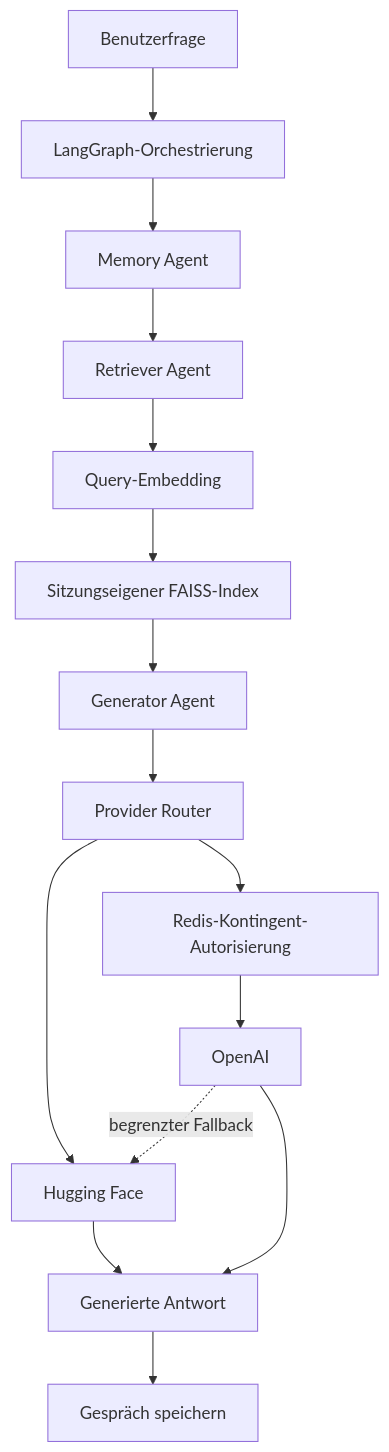
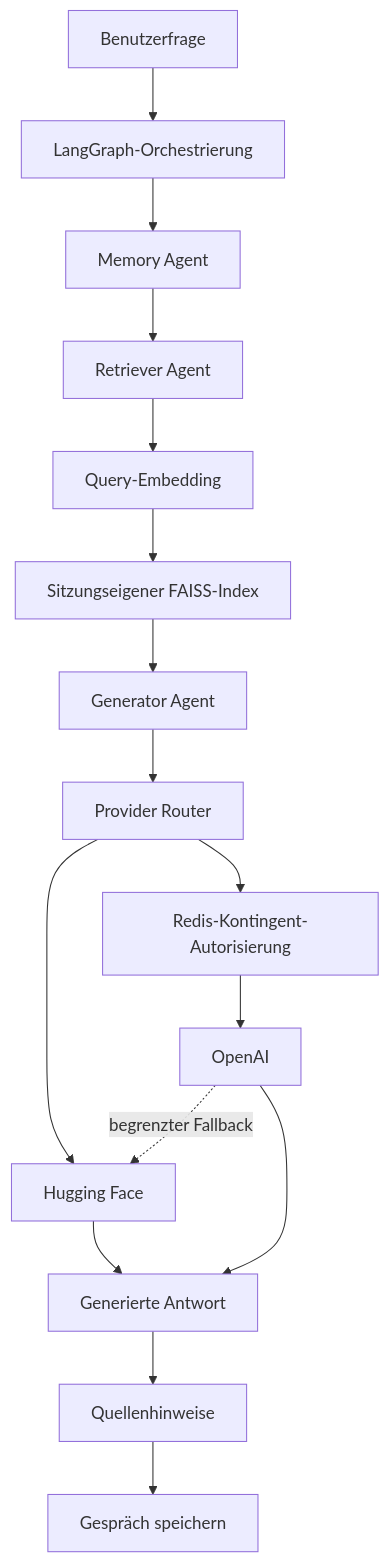
One commit to Rinovative/nlp-multiagent-rag changed the second of 2 diagrams in README.md. Above: the diagram before and after it, drawn with Mermaid. The commit also changed other lines of this file and 18 other files, not shown here.

````diff
--- a/README.md
+++ b/README.md
@@ -105,17 +105,18 @@
 ```mermaid
 flowchart TD
     Q[Benutzerfrage] --> O[LangGraph-Orchestrierung]
     O --> M[Memory Agent]
     M --> R[Retriever Agent]
     R --> E[Query-Embedding]
     E --> F[Sitzungseigener FAISS-Index]
     F --> G[Generator Agent]
     G --> P[Provider Router]
     P --> H[Hugging Face]
     P --> K[Redis-Kontingent-Autorisierung]
     K --> A[OpenAI]
     A -. begrenzter Fallback .-> H
     H --> Z[Generierte Antwort]
     A --> Z
-    Z --> S[Gespräch speichern]
+    Z --> V[Quellenhinweise]
+    V --> S[Gespräch speichern]
 ```
````
